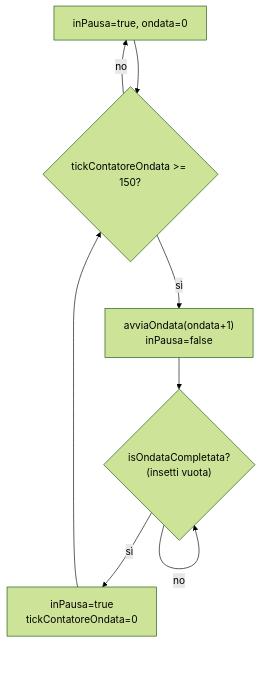
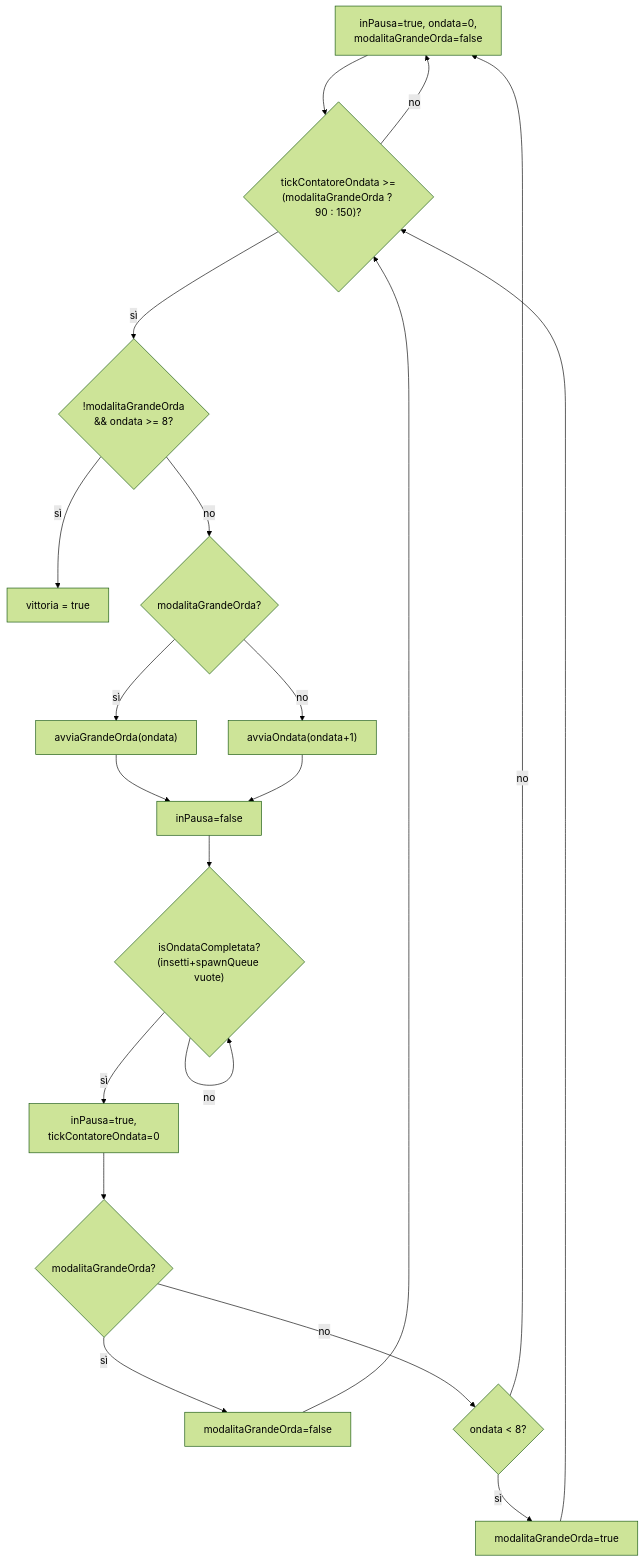
Before and after one commit to samuele-brusegan/mucche-alla-riscossa: the fifth of 7 diagrams in docs/CODEBASE.md, drawn with Mermaid (forest theme). The commit also changed other lines of this file and 2 other files, not shown here.

````diff
--- a/docs/CODEBASE.md
+++ b/docs/CODEBASE.md
@@ -620,10 +721,22 @@
 ```mermaid
 flowchart TD
-    A["inPausa=true, ondata=0"] --> B{"tickContatoreOndata >= 150?"}
+    A["inPausa=true, ondata=0,<br/>modalitaGrandeOrda=false"] --> B{"tickContatoreOndata >=<br/>(modalitaGrandeOrda ? 90 : 150)?"}
     B -- no --> A
-    B -- sì --> C["avviaOndata(ondata+1)<br/>inPausa=false"]
-    C --> D{"isOndataCompletata?<br/>(insetti vuota)"}
-    D -- no --> D
-    D -- sì --> E["inPausa=true<br/>tickContatoreOndata=0"]
-    E --> B
+    B -- sì --> C{"!modalitaGrandeOrda<br/>&& ondata >= 8?"}
+    C -- sì --> V["vittoria = true"]
+    C -- no --> D{"modalitaGrandeOrda?"}
+    D -- sì --> E["avviaGrandeOrda(ondata)"]
+    D -- no --> F["avviaOndata(ondata+1)"]
+    E --> G["inPausa=false"]
+    F --> G
+    G --> H{"isOndataCompletata?<br/>(insetti+spawnQueue vuote)"}
+    H -- no --> H
+    H -- sì --> I["inPausa=true,<br/>tickContatoreOndata=0"]
+    I --> J{"modalitaGrandeOrda?"}
+    J -- sì --> K["modalitaGrandeOrda=false"]
+    J -- no --> L{"ondata < 8?"}
+    L -- sì --> M["modalitaGrandeOrda=true"]
+    L -- no --> A
+    K --> B
+    M --> B
 ```
````
